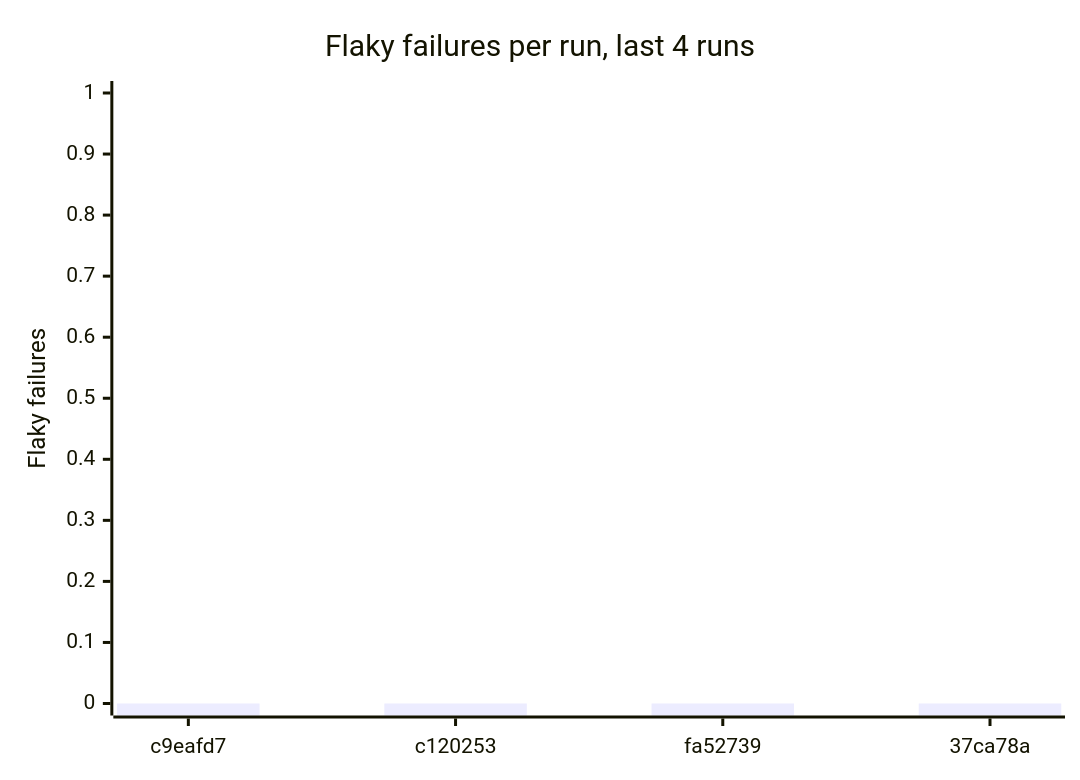
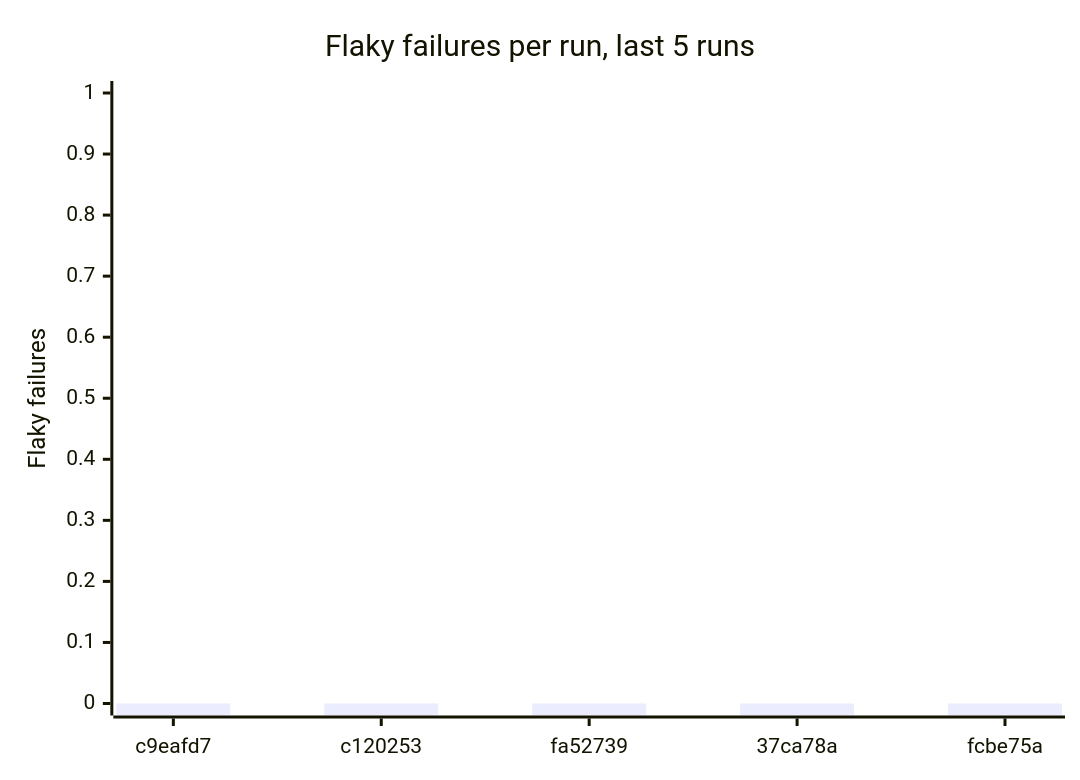
Before and after one commit to Shirojoufu/Flaky-Tests: the second of 3 diagrams in reports/summary.md, drawn with Mermaid. The commit also changed other lines of this file and 6 other files, not shown here.

Commit message:
Record run 39828366485.1 for fcbe75aeca9f

````diff
--- a/reports/summary.md
+++ b/reports/summary.md
@@ -25,7 +25,7 @@
 ```mermaid
 xychart-beta
-    title "Flaky failures per run, last 4 runs"
-    x-axis ["c9eafd7", "c120253", "fa52739", "37ca78a"]
+    title "Flaky failures per run, last 5 runs"
+    x-axis ["c9eafd7", "c120253", "fa52739", "37ca78a", "fcbe75a"]
     y-axis "Flaky failures" 0 --> 1
-    bar [0, 0, 0, 0]
+    bar [0, 0, 0, 0, 0]
 ```
````
